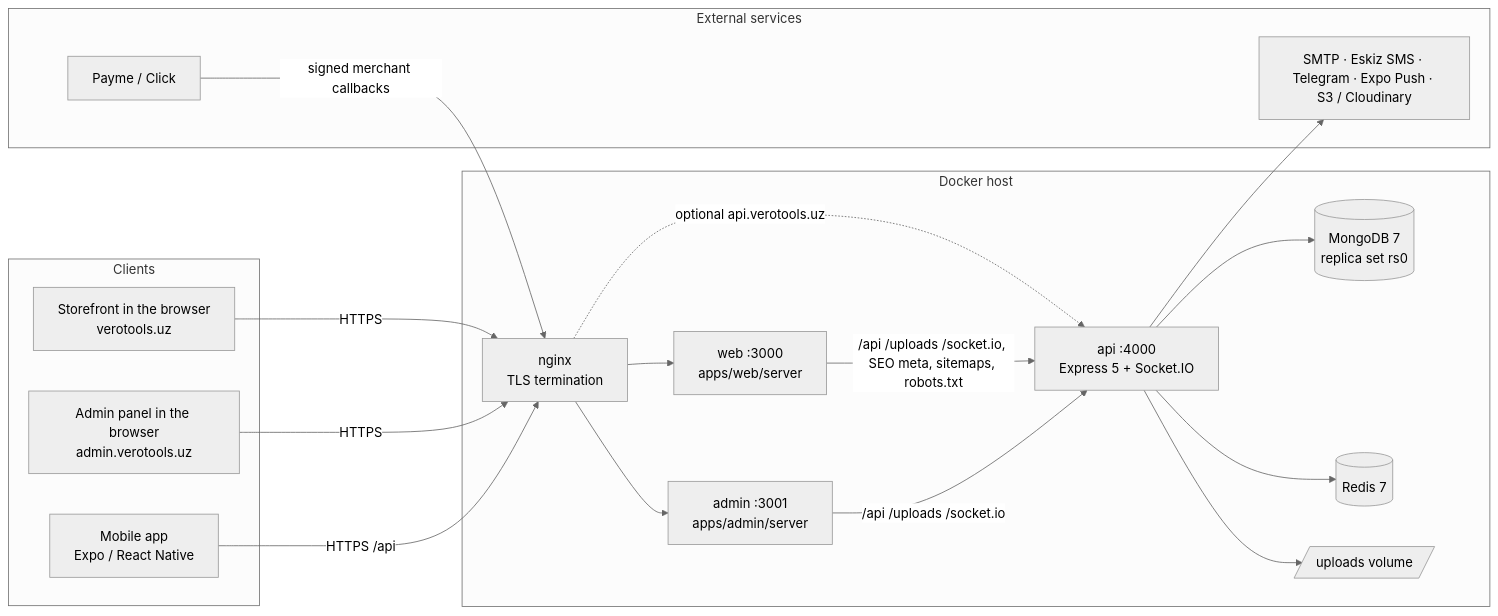
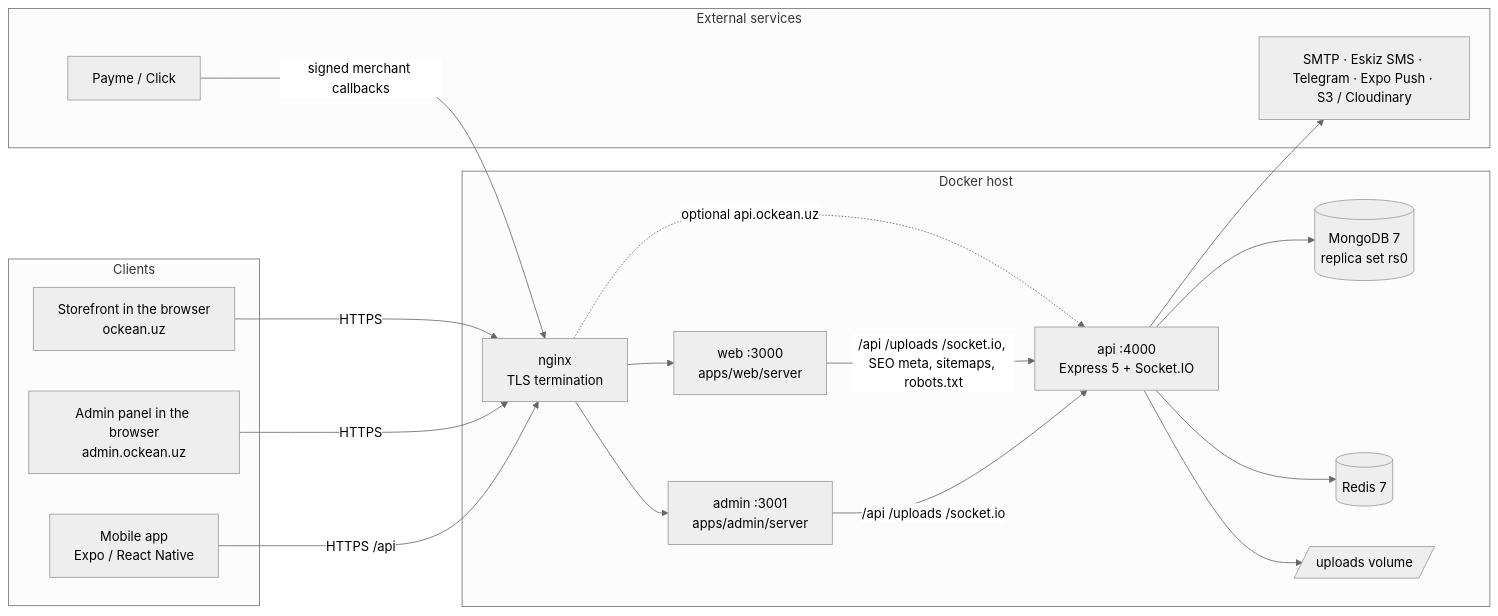
The diagram in docs/ARCHITECTURE.md (AbdulazizOrifjonov/VeroTools), drawn with Mermaid (neutral theme) before and after one commit. The commit also changed other lines of this file and 151 other files, not shown here.

````diff
--- a/docs/ARCHITECTURE.md
+++ b/docs/ARCHITECTURE.md
@@ -13,34 +13,34 @@
 ```mermaid
 flowchart LR
   subgraph Clients
-    B["Storefront in the browser<br/>verotools.uz"]
-    A["Admin panel in the browser<br/>admin.verotools.uz"]
+    B["Storefront in the browser<br/>ockean.uz"]
+    A["Admin panel in the browser<br/>admin.ockean.uz"]
     M["Mobile app<br/>Expo / React Native"]
   end
   subgraph Host["Docker host"]
     N["nginx<br/>TLS termination"]
     W["web :3000<br/>apps/web/server"]
     AD["admin :3001<br/>apps/admin/server"]
     API["api :4000<br/>Express 5 + Socket.IO"]
     DB[("MongoDB 7<br/>replica set rs0")]
     R[("Redis 7")]
     U[/"uploads volume"/]
   end
   subgraph External["External services"]
     PAY["Payme / Click"]
     OUT["SMTP · Eskiz SMS · Telegram · Expo Push · S3 / Cloudinary"]
   end
   B -->|HTTPS| N
   A -->|HTTPS| N
   M -->|"HTTPS /api"| N
   N --> W
   N --> AD
-  N -.->|"optional api.verotools.uz"| API
+  N -.->|"optional api.ockean.uz"| API
   W -->|"/api /uploads /socket.io, SEO meta, sitemaps, robots.txt"| API
   AD -->|"/api /uploads /socket.io"| API
   API --> DB
   API --> R
   API --> U
   PAY -->|"signed merchant callbacks"| N
   API --> OUT
 ```
````
